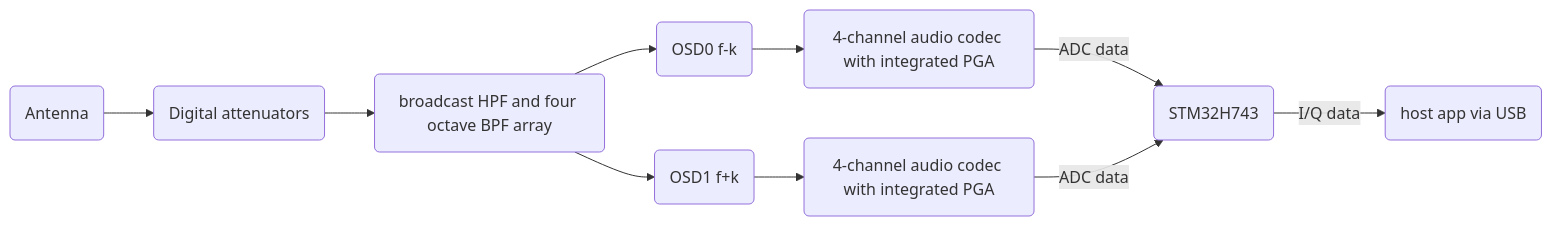
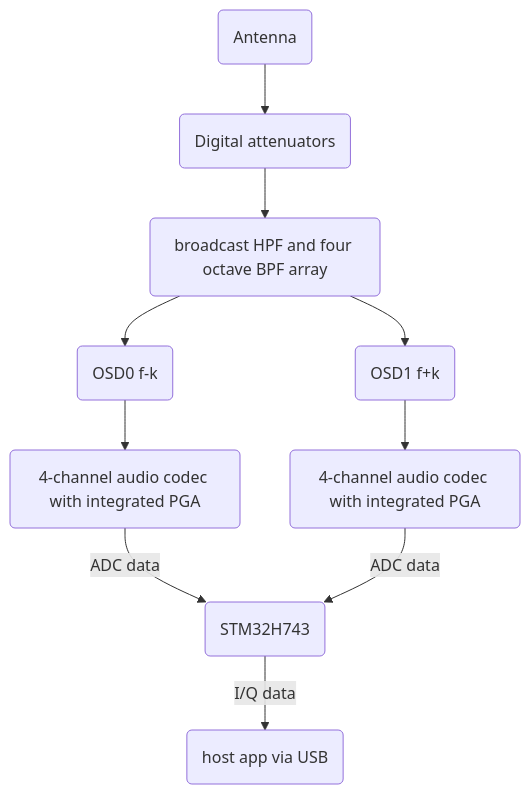
One commit to alanmimms/NexRx changed the first of 2 diagrams in doc/architecture.md. Above: the diagram before and after it, drawn with Mermaid.

Commit message:
Fixup some diagrams

````diff
--- a/doc/architecture.md
+++ b/doc/architecture.md
@@ -11,13 +11,13 @@
 ```mermaid
-graph LR
+graph TB
     A(Antenna) --> D(Digital attenuators)
     D --> F(broadcast HPF and four octave BPF array)
     F --> G(OSD0 f-k)
     F --> H(OSD1 f+k)
     
     G --> I(4-channel audio codec with integrated PGA)
     H --> J(4-channel audio codec with integrated PGA)
     I --> |ADC data|K(STM32H743)
     J --> |ADC data|K
     K --> |I/Q data|L(host app via USB)
 ```
````
